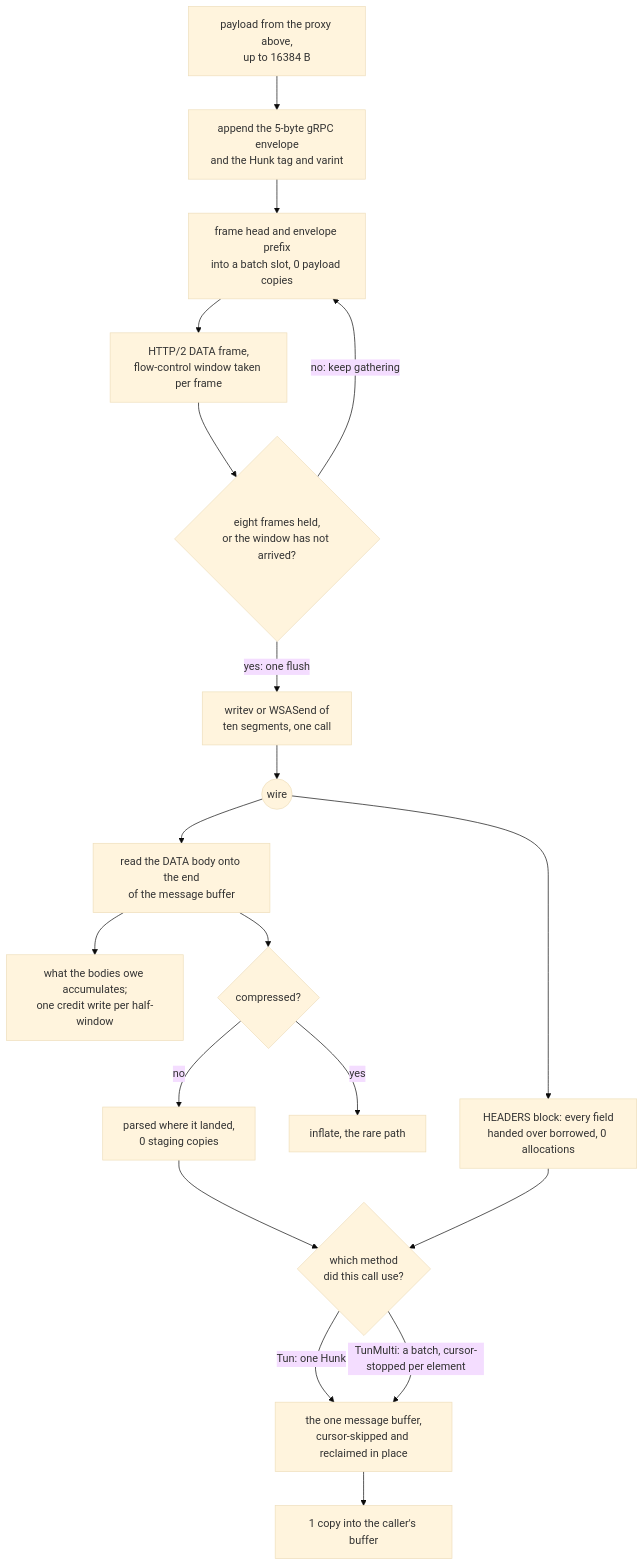
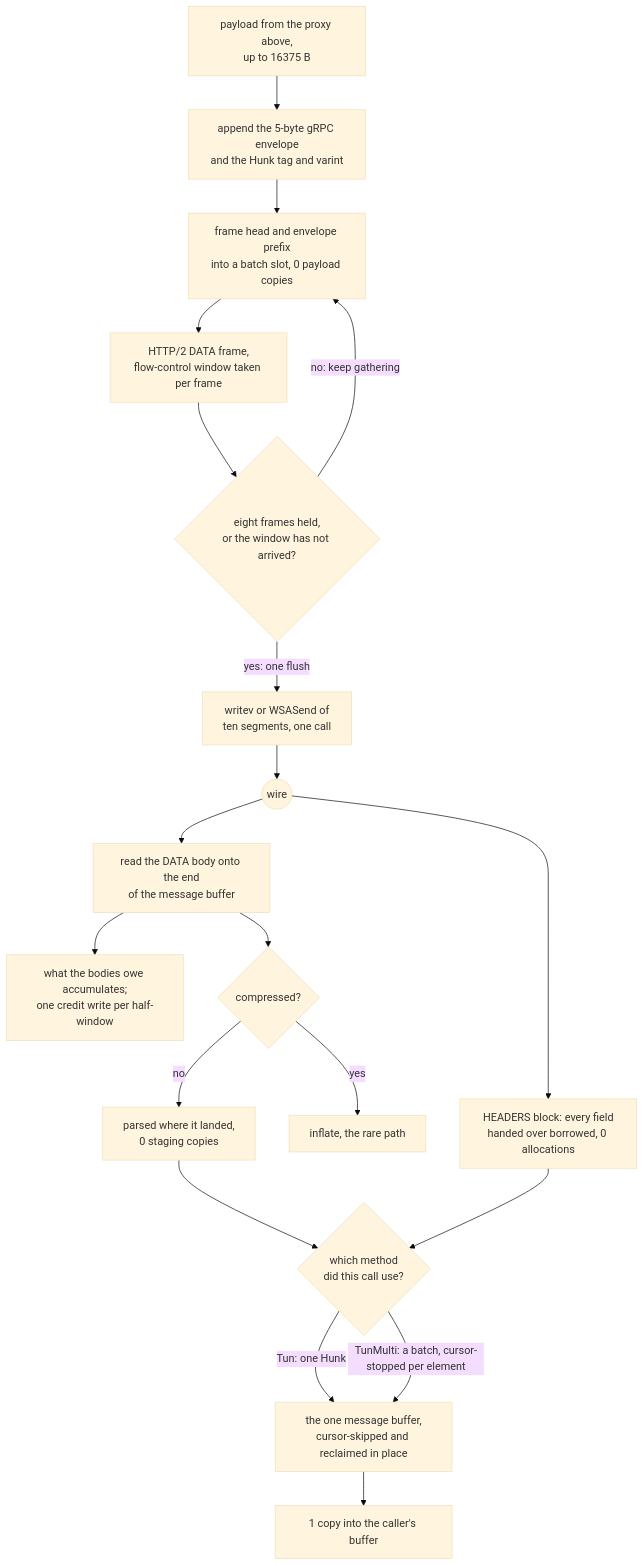
Before and after one commit to Ferrocite/ferrox: the diagram in docs/function/carrier-grpc.md, drawn with Mermaid (base theme). The commit also changed other lines of this file and 2 other files, not shown here.

````diff
--- a/docs/function/carrier-grpc.md
+++ b/docs/function/carrier-grpc.md
@@ -15,21 +15,21 @@
 ```mermaid
 graph TD
-    A["payload from the proxy above,<br/>up to 16384 B"] --> B["append the 5-byte gRPC envelope<br/>and the Hunk tag and varint"]
+    A["payload from the proxy above,<br/>up to 16375 B"] --> B["append the 5-byte gRPC envelope<br/>and the Hunk tag and varint"]
     B --> C["frame head and envelope prefix<br/>into a batch slot, 0 payload copies"]
     C --> D["HTTP/2 DATA frame,<br/>flow-control window taken per frame"]
     D --> P{"eight frames held,<br/>or the window has not arrived?"}
     P -- "no: keep gathering" --> C
     P -- "yes: one flush" --> Q["writev or WSASend of<br/>ten segments, one call"]
     Q --> E(("wire"))
     E --> F["read the DATA body onto the end<br/>of the message buffer"]
     E --> L["HEADERS block: every field<br/>handed over borrowed, 0 allocations"]
     F --> N["what the bodies owe accumulates;<br/>one credit write per half-window"]
     F --> G{"compressed?"}
     G -- no --> H["parsed where it landed,<br/>0 staging copies"]
     G -- yes --> I["inflate, the rare path"]
     H --> M{"which method<br/>did this call use?"}
     L --> M
     M -- "Tun: one Hunk" --> J
     M -- "TunMulti: a batch, cursor-stopped per element" --> J["the one message buffer,<br/>cursor-skipped and reclaimed in place"]
     J --> K["1 copy into the caller's buffer"]
 ```
````
